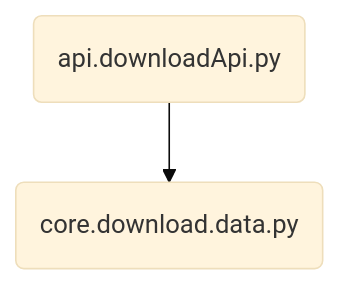
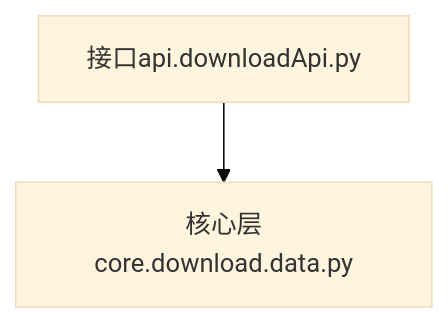
One commit to linyihan9/2024_trainning changed the second of 3 diagrams in HomeWork/README.MD. Above: the diagram before and after it, drawn with Mermaid (base theme). The commit also changed other lines of this file, not shown here.

Commit message:
CleanData.ReadMe.MD

````diff
--- a/HomeWork/README.MD
+++ b/HomeWork/README.MD
@@ -83,4 +83,4 @@
 ```mermaid
 graph TD;
-接口(api.downloadApi.py)-->核心层(core.download.data.py)
+接口api.downloadApi.py-->核心层core.download.data.py
 ```
````
